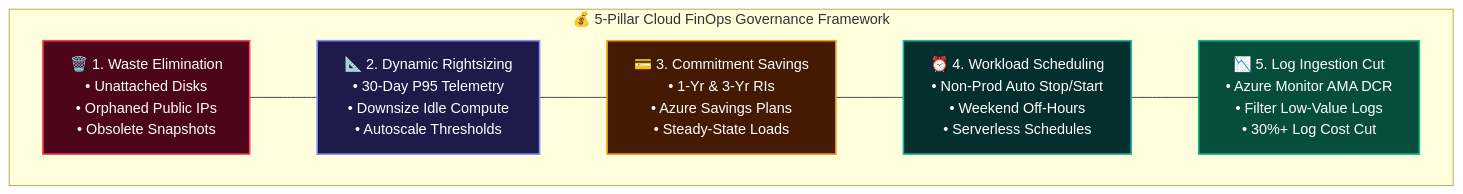
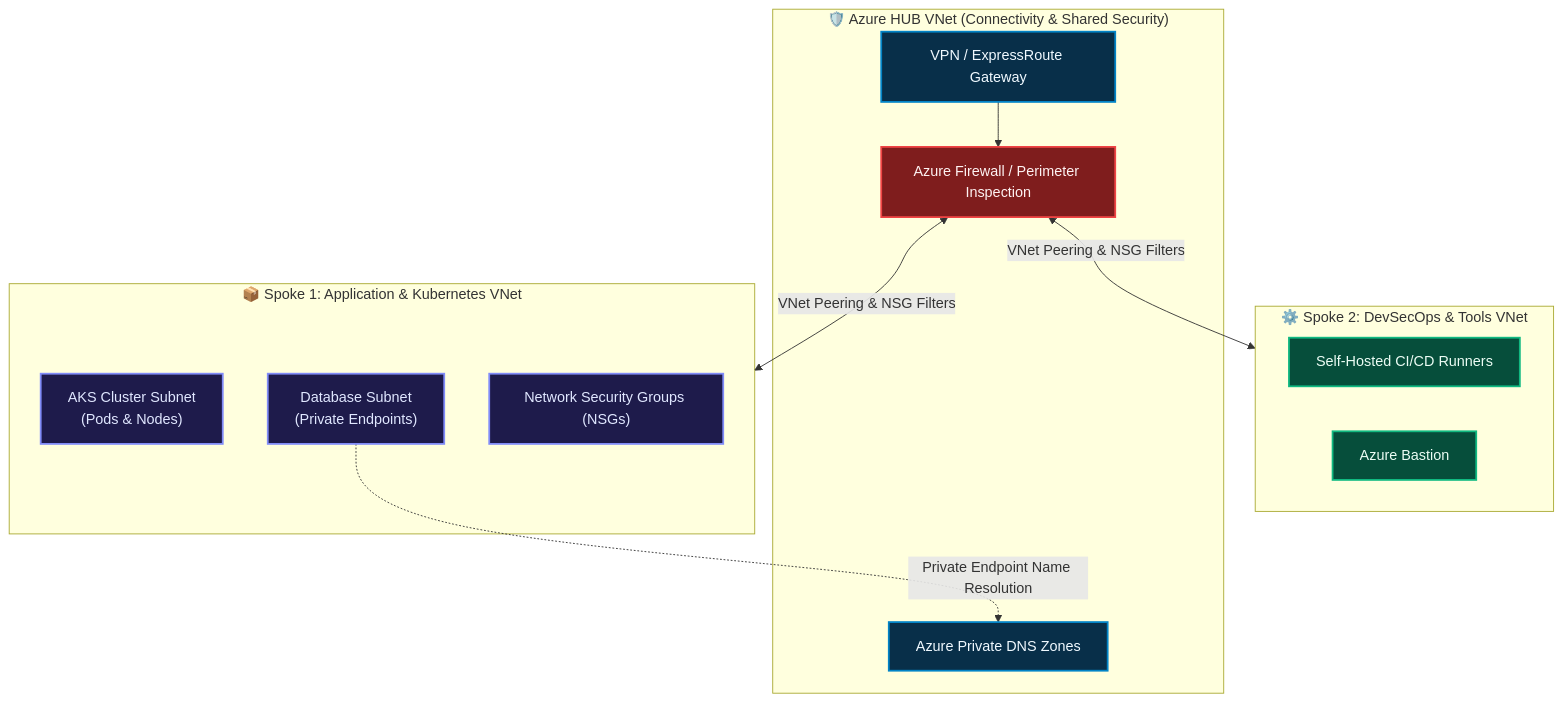
Before and after one commit to Sarvesh0401/Sarvesh0401: the fifth of 6 diagrams in README.md, drawn with Mermaid. The commit also changed other lines of this file and 3 other files, not shown here.

First line of the commit message:
feat: align profile to Senior DevSecOps focusing on Terraform, CI/CD, and Kubernetes

````diff
--- a/README.md
+++ b/README.md
@@ -283,25 +239,34 @@
 ```mermaid
 flowchart TD
-    subgraph FinOpsFramework ["💰 5-Pillar Cloud FinOps Governance Framework"]
-        direction LR
-        F1["🗑️ 1. Waste Elimination<br/>• Unattached Disks<br/>• Orphaned Public IPs<br/>• Obsolete Snapshots"]
-        F2["📐 2. Dynamic Rightsizing<br/>• 30-Day P95 Telemetry<br/>• Downsize Idle Compute<br/>• Autoscale Thresholds"]
-        F3["💳 3. Commitment Savings<br/>• 1-Yr & 3-Yr RIs<br/>• Azure Savings Plans<br/>• Steady-State Loads"]
-        F4["⏰ 4. Workload Scheduling<br/>• Non-Prod Auto Stop/Start<br/>• Weekend Off-Hours<br/>• Serverless Schedules"]
-        F5["📉 5. Log Ingestion Cut<br/>• Azure Monitor AMA DCR<br/>• Filter Low-Value Logs<br/>• 30%+ Log Cost Cut"]
+    subgraph HubVNet ["🛡️ Azure HUB VNet (Connectivity & Shared Security)"]
+        GW["VPN / ExpressRoute Gateway"]
+        FW["Azure Firewall / Perimeter Inspection"]
+        DNS["Azure Private DNS Zones"]
     end
 
-    F1 --- F2 --- F3 --- F4 --- F5
+    subgraph SpokeApp ["📦 Spoke 1: Application & Kubernetes VNet"]
+        AKSSubnet["AKS Cluster Subnet<br/>(Pods & Nodes)"]
+        DBSubnet["Database Subnet<br/>(Private Endpoints)"]
+        NSG1["Network Security Groups (NSGs)"]
+    end
 
-    classDef fin1 fill:#4c0519,stroke:#f43f5e,stroke-width:1.8px,color:#fff;
-    classDef fin2 fill:#1e1b4b,stroke:#818cf8,stroke-width:1.8px,color:#fff;
-    classDef fin3 fill:#451a03,stroke:#f59e0b,stroke-width:1.8px,color:#fff;
-    classDef fin4 fill:#042f2e,stroke:#14b8a6,stroke-width:1.8px,color:#fff;
-    classDef fin5 fill:#064e3b,stroke:#10b981,stroke-width:1.8px,color:#fff;
+    subgraph SpokeMgmt ["⚙️ Spoke 2: DevSecOps & Tools VNet"]
+        Runners["Self-Hosted CI/CD Runners"]
+        Bastion["Azure Bastion"]
+    end
 
-    class F1 fin1;
-    class F2 fin2;
-    class F3 fin3;
-    class F4 fin4;
-    class F5 fin5;
+    GW --> FW
+    FW <-->|"VNet Peering & NSG Filters"| SpokeApp
+    FW <-->|"VNet Peering & NSG Filters"| SpokeMgmt
+    DBSubnet -.->|"Private Endpoint Name Resolution"| DNS
+
+    classDef hubStyle fill:#082f49,stroke:#0284c7,stroke-width:2px,color:#f0f9ff;
+    classDef fwStyle fill:#7f1d1d,stroke:#ef4444,stroke-width:2px,color:#fef2f2;
+    classDef appStyle fill:#1e1b4b,stroke:#818cf8,stroke-width:2px,color:#e0e7ff;
+    classDef mgmtStyle fill:#064e3b,stroke:#10b981,stroke-width:2px,color:#ecfdf5;
+
+    class GW,DNS hubStyle;
+    class FW fwStyle;
+    class AKSSubnet,DBSubnet,NSG1 appStyle;
+    class Runners,Bastion mgmtStyle;
 ```
````
